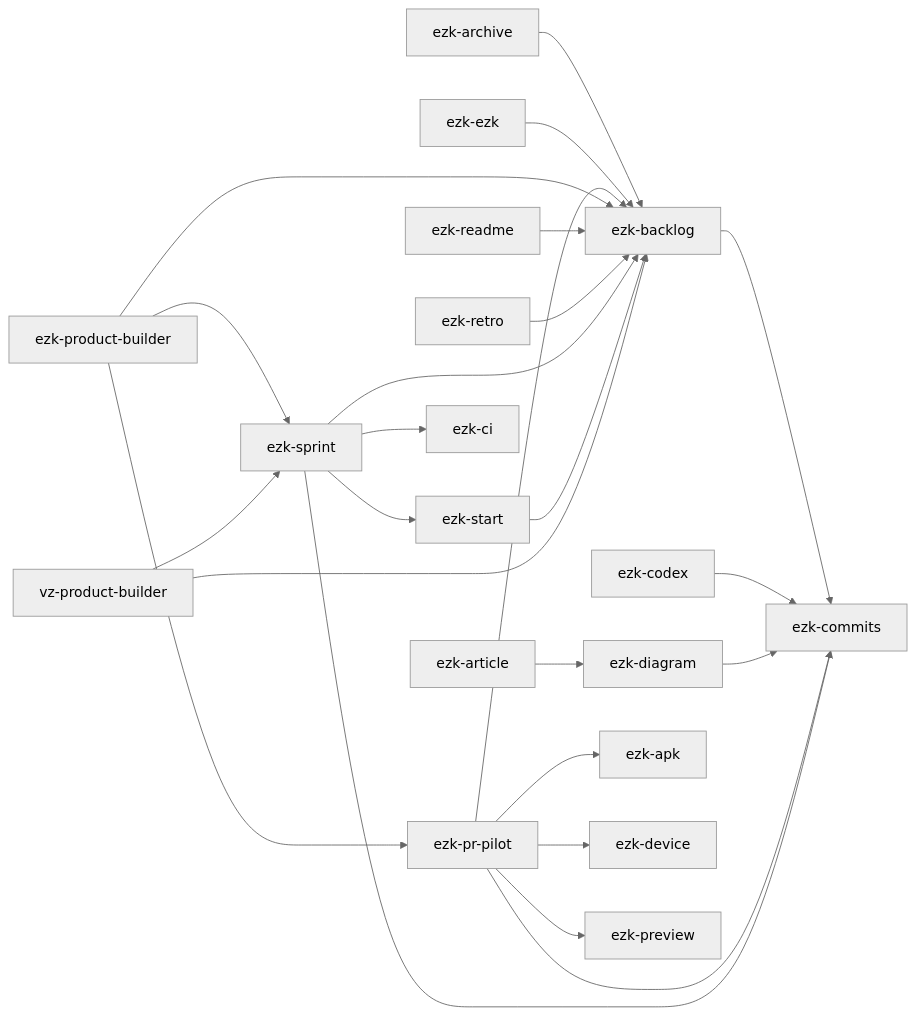
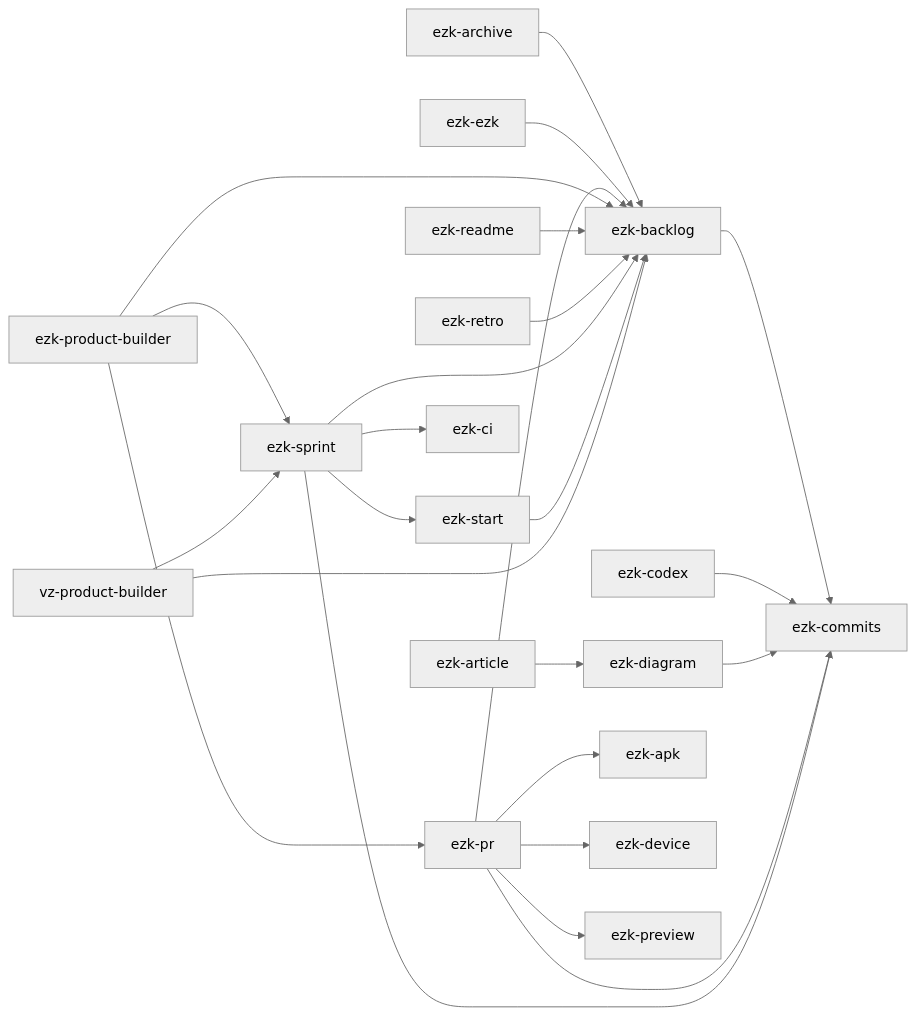
Before and after one commit to elzinko/vectorz: the diagram in products/mega-city/skills/README.md, drawn with Mermaid (neutral theme). The commit also changed other lines of this file and 50 other files, not shown here.

First line of the commit message:
refactor(method): 4 bandes + rename ezk-pr-pilot→ezk-pr, ezk-tdd→ezk-dev

````diff
--- a/products/mega-city/skills/README.md
+++ b/products/mega-city/skills/README.md
@@ -50,26 +50,26 @@
 ```mermaid
 flowchart LR
     ezk-archive --> ezk-backlog
     ezk-article --> ezk-diagram
     ezk-backlog --> ezk-commits
     ezk-codex --> ezk-commits
     ezk-diagram --> ezk-commits
     ezk-ezk --> ezk-backlog
-    ezk-pr-pilot --> ezk-apk
-    ezk-pr-pilot --> ezk-backlog
-    ezk-pr-pilot --> ezk-commits
-    ezk-pr-pilot --> ezk-device
-    ezk-pr-pilot --> ezk-preview
+    ezk-pr --> ezk-apk
+    ezk-pr --> ezk-backlog
+    ezk-pr --> ezk-commits
+    ezk-pr --> ezk-device
+    ezk-pr --> ezk-preview
     ezk-product-builder --> ezk-backlog
-    ezk-product-builder --> ezk-pr-pilot
+    ezk-product-builder --> ezk-pr
     ezk-product-builder --> ezk-sprint
     ezk-readme --> ezk-backlog
     ezk-retro --> ezk-backlog
     ezk-sprint --> ezk-backlog
     ezk-sprint --> ezk-ci
     ezk-sprint --> ezk-commits
     ezk-sprint --> ezk-start
     ezk-start --> ezk-backlog
     vz-product-builder --> ezk-backlog
     vz-product-builder --> ezk-sprint
 ```
````
